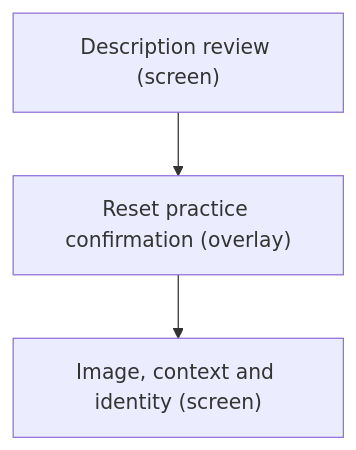
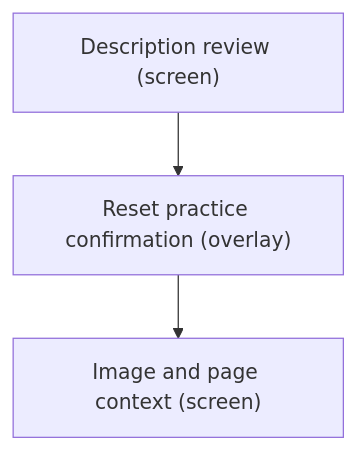
Before and after one commit to darce/context-alt-text-monorepo: the fifth of 6 diagrams in apps/prototype-wp-alt-context/docs/ux-maps/guided-prototype.md, drawn with Mermaid. The commit also changed other lines of this file and 12 other files, not shown here.

````diff
--- a/apps/prototype-wp-alt-context/docs/ux-maps/guided-prototype.md
+++ b/apps/prototype-wp-alt-context/docs/ux-maps/guided-prototype.md
@@ -249,9 +268,9 @@
 ```mermaid
 flowchart TD
   %% flow: Cancel or confirm reset safely job=recover
   n_draft["Description review (screen)"]
   n_reset["Reset practice confirmation (overlay)"]
   n_draft --> n_reset
-  n_evidence["Image, context and identity (screen)"]
+  n_evidence["Image and page context (screen)"]
   n_reset --> n_evidence
 ```
````
